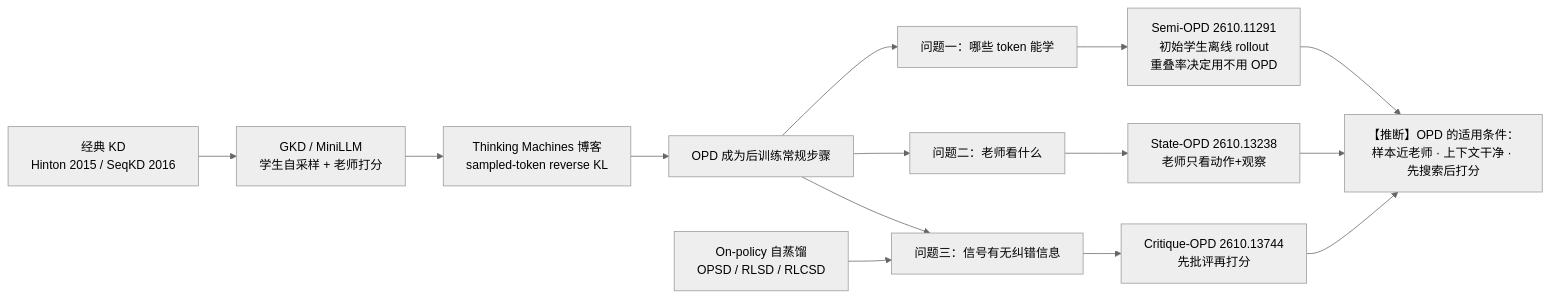
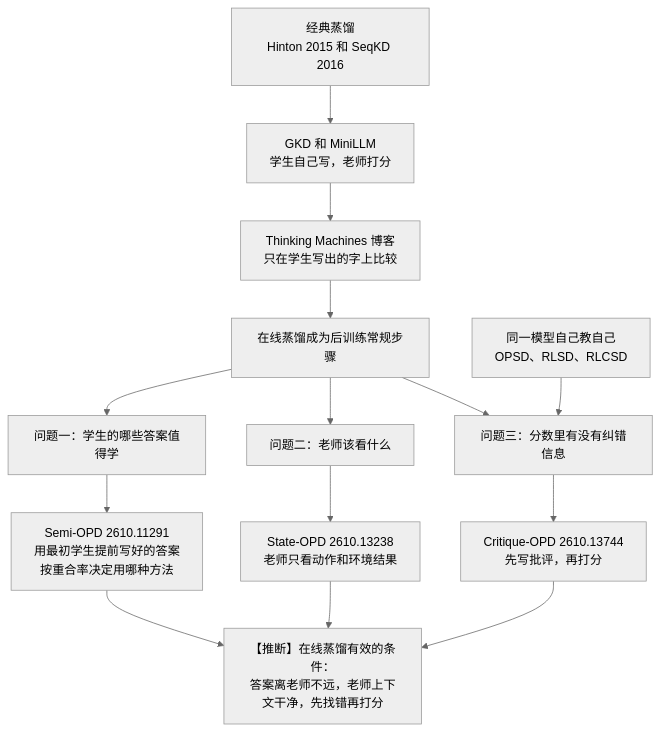
The diagram in _posts/2026-10-13-opd-diagnosis-trilogy.md (codyshen0000/blog), drawn with Mermaid (neutral theme) before and after one commit. The commit also changed other lines of this file, not shown here.

Commit message:
Republish OPD post: rewritten draft, new title, vertical diagram

````diff
--- a/_posts/2026-10-13-opd-diagnosis-trilogy.md
+++ b/_posts/2026-10-13-opd-diagnosis-trilogy.md
@@ -182,16 +197,16 @@
 ```mermaid
-flowchart LR
-  KD[经典 KD<br/>Hinton 2015 / SeqKD 2016] --> GKD[GKD / MiniLLM<br/>学生自采样 + 老师打分]
-  GKD --> TM[Thinking Machines 博客<br/>sampled-token reverse KL]
-  TM --> OPD[OPD 成为后训练常规步骤]
-  OPD --> Q1[问题一：哪些 token 能学]
-  OPD --> Q2[问题二：老师看什么]
-  OPD --> Q3[问题三：信号有无纠错信息]
-  Q1 --> Semi[Semi-OPD 2610.11291<br/>初始学生离线 rollout<br/>重叠率决定用不用 OPD]
-  Q2 --> State[State-OPD 2610.13238<br/>老师只看动作+观察]
-  Q3 --> Crit[Critique-OPD 2610.13744<br/>先批评再打分]
-  OPDSD[On-policy 自蒸馏<br/>OPSD / RLSD / RLCSD] --> Q3
-  Semi --> Cond[【推断】OPD 的适用条件：<br/>样本近老师 · 上下文干净 · 先搜索后打分]
+flowchart TD
+  KD[经典蒸馏<br/>Hinton 2015 和 SeqKD 2016] --> GKD[GKD 和 MiniLLM<br/>学生自己写，老师打分]
+  GKD --> TM[Thinking Machines 博客<br/>只在学生写出的字上比较]
+  TM --> OPD[在线蒸馏成为后训练常规步骤]
+  OPD --> Q1[问题一：学生的哪些答案值得学]
+  OPD --> Q2[问题二：老师该看什么]
+  OPD --> Q3[问题三：分数里有没有纠错信息]
+  Q1 --> Semi[Semi-OPD 2610.11291<br/>用最初学生提前写好的答案<br/>按重合率决定用哪种方法]
+  Q2 --> State[State-OPD 2610.13238<br/>老师只看动作和环境结果]
+  Q3 --> Crit[Critique-OPD 2610.13744<br/>先写批评，再打分]
+  OPDSD[同一模型自己教自己<br/>OPSD、RLSD、RLCSD] --> Q3
+  Semi --> Cond[【推断】在线蒸馏有效的条件：<br/>答案离老师不远，老师上下文干净，先找错再打分]
   State --> Cond
   Crit --> Cond
 ```
````
